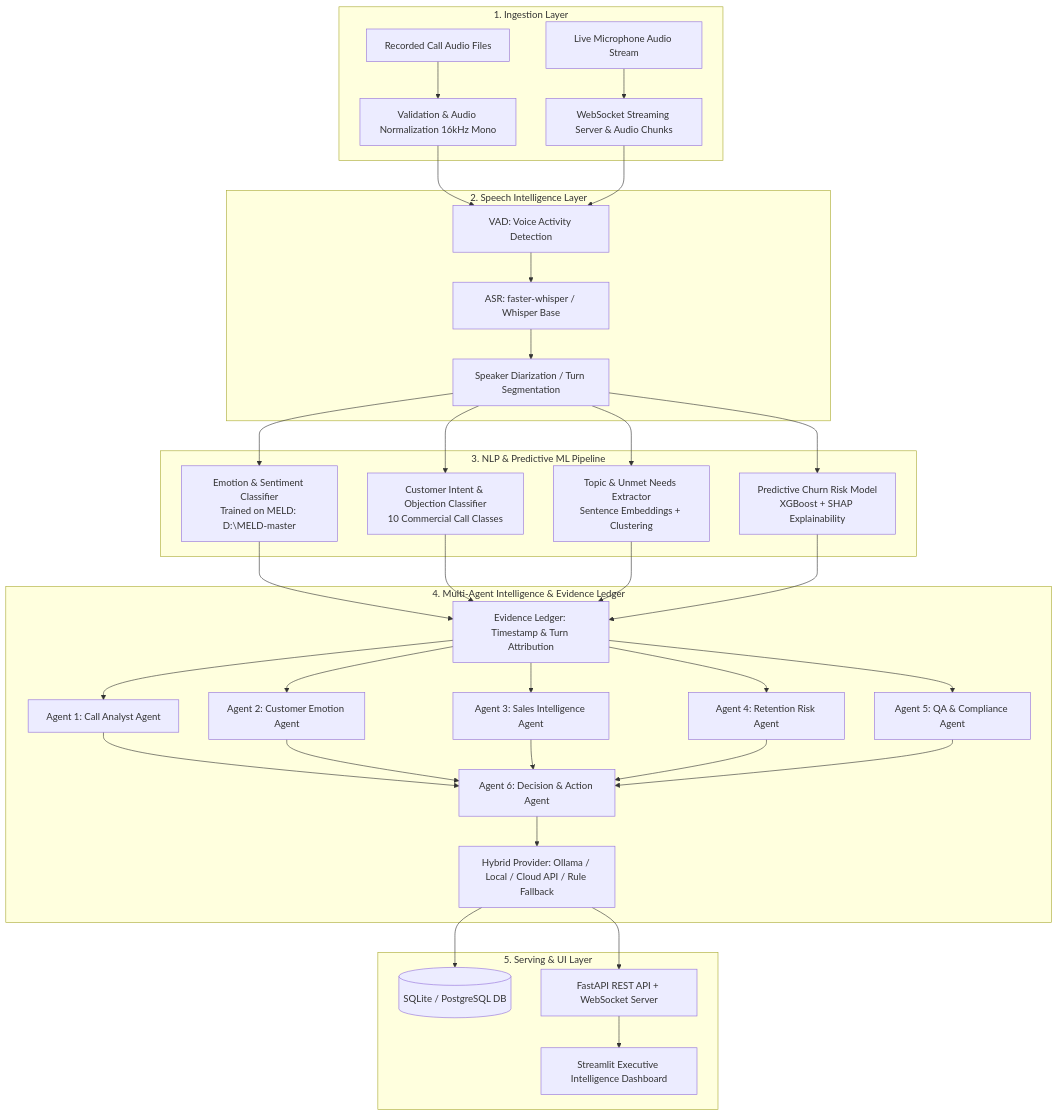
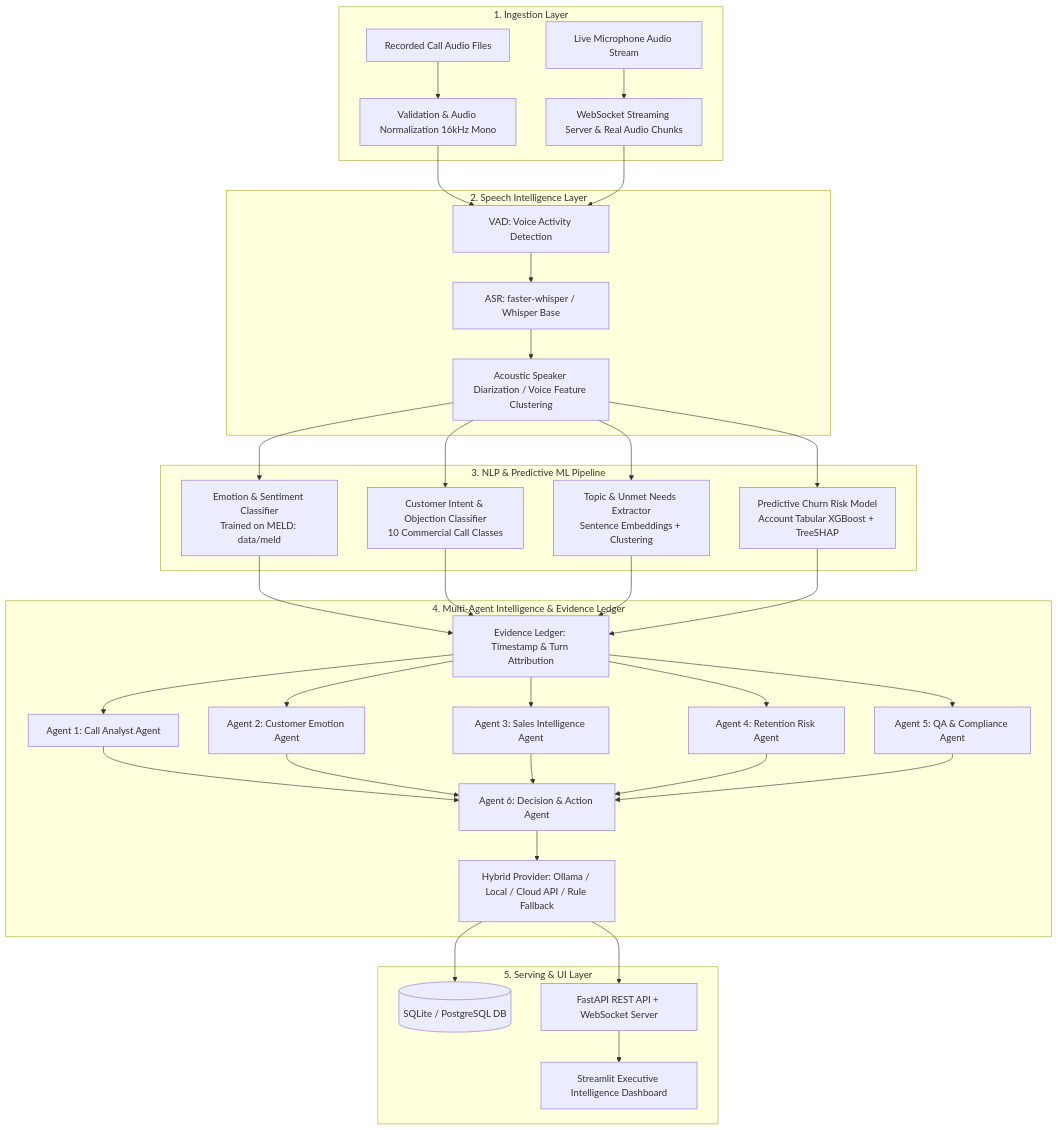
Before and after one commit to mightyalok00/callintel-ai: the diagram in README.md, drawn with Mermaid. The commit also changed other lines of this file and 22 other files, not shown here.

Commit message:
feat: acoustic speaker diarization, portable setup, live audio streaming, and rigorous ML evaluation

````diff
--- a/README.md
+++ b/README.md
@@ -29,37 +29,37 @@
 ```mermaid
 graph TB
     subgraph Ingestion["1. Ingestion Layer"]
         A1[Recorded Call Audio Files] --> B1[Validation & Audio Normalization 16kHz Mono]
-        A2[Live Microphone Audio Stream] --> B2[WebSocket Streaming Server & Audio Chunks]
+        A2[Live Microphone Audio Stream] --> B2[WebSocket Streaming Server & Real Audio Chunks]
     end
 
     subgraph Speech["2. Speech Intelligence Layer"]
         B1 & B2 --> C1[VAD: Voice Activity Detection]
         C1 --> C2[ASR: faster-whisper / Whisper Base]
-        C2 --> C3[Speaker Diarization / Turn Segmentation]
+        C2 --> C3[Acoustic Speaker Diarization / Voice Feature Clustering]
     end
 
     subgraph NLP_ML["3. NLP & Predictive ML Pipeline"]
-        C3 --> D1[Emotion & Sentiment Classifier\nTrained on MELD: D:\MELD-master]
+        C3 --> D1[Emotion & Sentiment Classifier\nTrained on MELD: data/meld]
         C3 --> D2[Customer Intent & Objection Classifier\n10 Commercial Call Classes]
         C3 --> D3[Topic & Unmet Needs Extractor\nSentence Embeddings + Clustering]
-        C3 --> D4[Predictive Churn Risk Model\nXGBoost + SHAP Explainability]
+        C3 --> D4[Predictive Churn Risk Model\nAccount Tabular XGBoost + TreeSHAP]
     end
 
     subgraph MultiAgent["4. Multi-Agent Intelligence & Evidence Ledger"]
         D1 & D2 & D3 & D4 --> E1[Evidence Ledger: Timestamp & Turn Attribution]
         E1 --> E2[Agent 1: Call Analyst Agent]
         E1 --> E3[Agent 2: Customer Emotion Agent]
         E1 --> E4[Agent 3: Sales Intelligence Agent]
         E1 --> E5[Agent 4: Retention Risk Agent]
         E1 --> E6[Agent 5: QA & Compliance Agent]
         E2 & E3 & E4 & E5 & E6 --> E7[Agent 6: Decision & Action Agent]
         E7 --> E8[Hybrid Provider: Ollama / Local / Cloud API / Rule Fallback]
     end
 
     subgraph Serving["5. Serving & UI Layer"]
         E8 --> F1[(SQLite / PostgreSQL DB)]
         E8 --> F2[FastAPI REST API + WebSocket Server]
         F2 --> G1[Streamlit Executive Intelligence Dashboard]
     end
 ```
````
